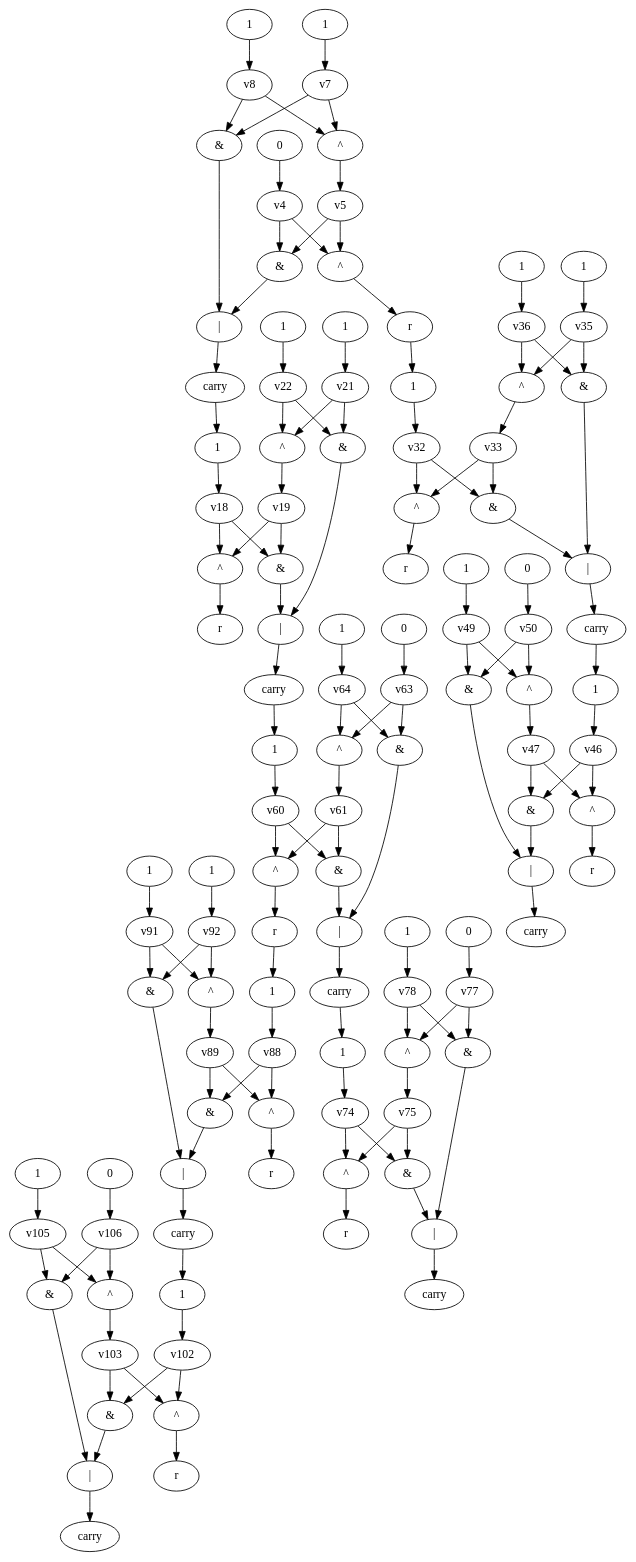
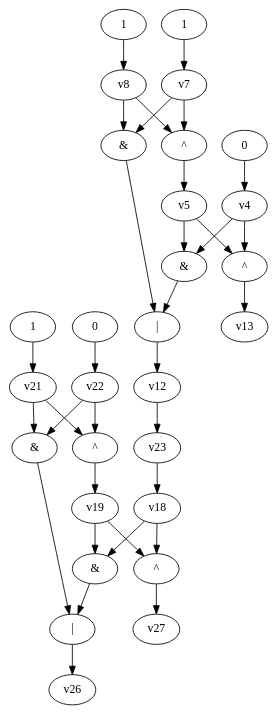
The diagram in dot_files/testAdder.dot (yadej/graph_project), drawn with Graphviz before and after one commit. The commit also changed 4 other files, not shown here.

```diff
--- a/dot_files/testAdder.dot
+++ b/dot_files/testAdder.dot
@@ -1,74 +1,11 @@
 digraph G { 
-v98 [label="|"]; 
-v99 [label="&"]; 
-v100 [label="&"]; 
-v101 [label="^"]; 
-v104 [label="^"]; 
-v107 [label="1"]; 
-v108 [label="1"]; 
-v109 [label="0"]; 
-v110 [label="carry"]; 
-v111 [label="r"]; 
-v84 [label="|"]; 
-v85 [label="&"]; 
-v86 [label="&"]; 
-v87 [label="^"]; 
-v90 [label="^"]; 
-v93 [label="1"]; 
-v94 [label="1"]; 
-v95 [label="1"]; 
-v96 [label="carry"]; 
-v97 [label="r"]; 
-v70 [label="|"]; 
-v71 [label="&"]; 
-v72 [label="&"]; 
-v73 [label="^"]; 
-v76 [label="^"]; 
-v79 [label="1"]; 
-v80 [label="0"]; 
-v81 [label="1"]; 
-v82 [label="carry"]; 
-v83 [label="r"]; 
-v56 [label="|"]; 
-v57 [label="&"]; 
-v58 [label="&"]; 
-v59 [label="^"]; 
-v62 [label="^"]; 
-v65 [label="1"]; 
-v66 [label="0"]; 
-v67 [label="1"]; 
-v68 [label="carry"]; 
-v69 [label="r"]; 
-v42 [label="|"]; 
-v43 [label="&"]; 
-v44 [label="&"]; 
-v45 [label="^"]; 
-v48 [label="^"]; 
-v51 [label="1"]; 
-v52 [label="1"]; 
-v53 [label="0"]; 
-v54 [label="carry"]; 
-v55 [label="r"]; 
-v28 [label="|"]; 
-v29 [label="&"]; 
-v30 [label="&"]; 
-v31 [label="^"]; 
-v34 [label="^"]; 
-v37 [label="1"]; 
-v38 [label="1"]; 
-v39 [label="1"]; 
-v40 [label="carry"]; 
-v41 [label="r"]; 
 v14 [label="|"]; 
 v15 [label="&"]; 
 v16 [label="&"]; 
 v17 [label="^"]; 
 v20 [label="^"]; 
-v23 [label="1"]; 
 v24 [label="1"]; 
-v25 [label="1"]; 
-v26 [label="carry"]; 
-v27 [label="r"]; 
+v25 [label="0"]; 
 v0 [label="|"]; 
 v1 [label="&"]; 
 v2 [label="&"]; 
@@ -77,105 +14,7 @@
 v9 [label="0"]; 
 v10 [label="1"]; 
 v11 [label="1"]; 
-v12 [label="carry"]; 
-v13 [label="r"]; 
-v98 -> v110;
-v99 -> v98;
-v100 -> v98;
-v101 -> v111;
-v102 -> v101;
-v102 -> v99;
-v103 -> v101;
-v103 -> v99;
-v104 -> v103;
-v105 -> v104;
-v105 -> v100;
-v106 -> v104;
-v106 -> v100;
-v107 -> v102;
-v108 -> v105;
-v109 -> v106;
-v84 -> v96 -> v107;
-v85 -> v84;
-v86 -> v84;
-v87 -> v97;
-v88 -> v87;
-v88 -> v85;
-v89 -> v87;
-v89 -> v85;
-v90 -> v89;
-v91 -> v90;
-v91 -> v86;
-v92 -> v90;
-v92 -> v86;
-v93 -> v88;
-v94 -> v91;
-v95 -> v92;
-v70 -> v82;
-v71 -> v70;
-v72 -> v70;
-v73 -> v83;
-v74 -> v73;
-v74 -> v71;
-v75 -> v73;
-v75 -> v71;
-v76 -> v75;
-v77 -> v76;
-v77 -> v72;
-v78 -> v76;
-v78 -> v72;
-v79 -> v74;
-v80 -> v77;
-v81 -> v78;
-v56 -> v68 -> v79;
-v57 -> v56;
-v58 -> v56;
-v59 -> v69 -> v93;
-v60 -> v59;
-v60 -> v57;
-v61 -> v59;
-v61 -> v57;
-v62 -> v61;
-v63 -> v62;
-v63 -> v58;
-v64 -> v62;
-v64 -> v58;
-v65 -> v60;
-v66 -> v63;
-v67 -> v64;
-v42 -> v54;
-v43 -> v42;
-v44 -> v42;
-v45 -> v55;
-v46 -> v45;
-v46 -> v43;
-v47 -> v45;
-v47 -> v43;
-v48 -> v47;
-v49 -> v48;
-v49 -> v44;
-v50 -> v48;
-v50 -> v44;
-v51 -> v46;
-v52 -> v49;
-v53 -> v50;
-v28 -> v40 -> v51;
-v29 -> v28;
-v30 -> v28;
-v31 -> v41;
-v32 -> v31;
-v32 -> v29;
-v33 -> v31;
-v33 -> v29;
-v34 -> v33;
-v35 -> v34;
-v35 -> v30;
-v36 -> v34;
-v36 -> v30;
-v37 -> v32;
-v38 -> v35;
-v39 -> v36;
-v14 -> v26 -> v65;
+v14 -> v26;
 v15 -> v14;
 v16 -> v14;
 v17 -> v27;
@@ -194,7 +33,7 @@
 v0 -> v12 -> v23;
 v1 -> v0;
 v2 -> v0;
-v3 -> v13 -> v37;
+v3 -> v13;
 v4 -> v3;
 v4 -> v1;
 v5 -> v3;
```
